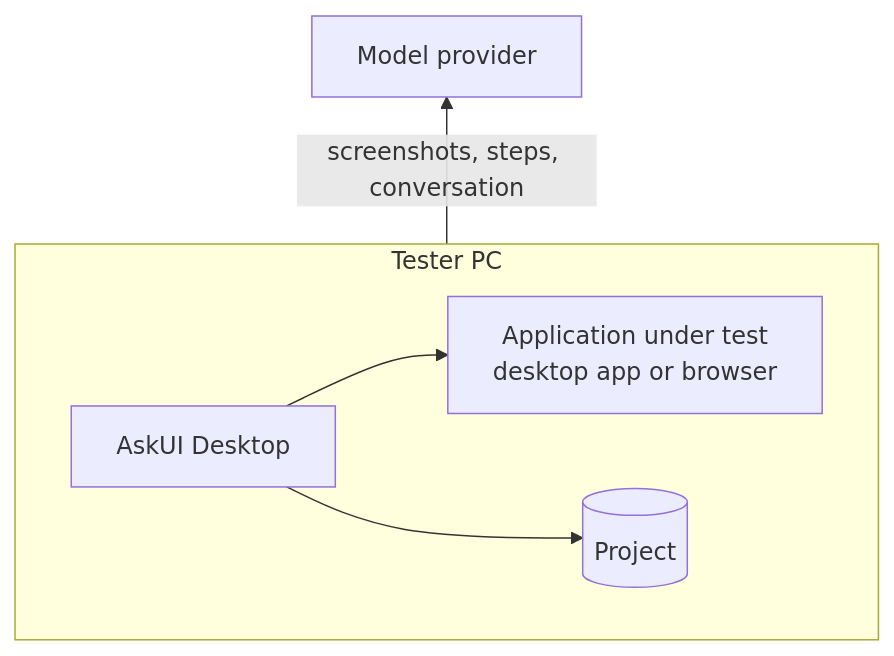
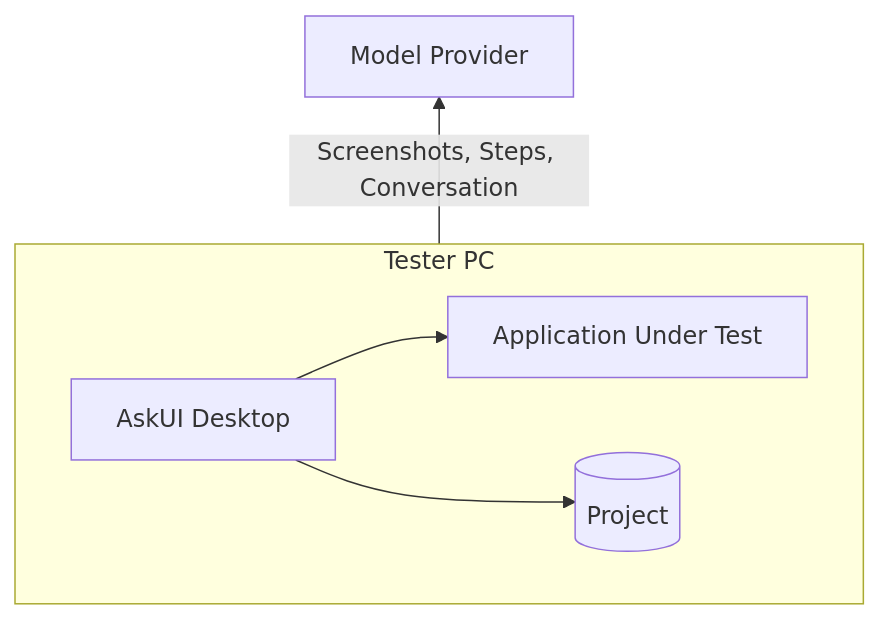
One commit to askui/docs-rewrite changed the first of 2 diagrams in content/docs/concepts/enterprise-fit.mdx. Above: the diagram before and after it, drawn with Mermaid. The commit also changed other lines of this file and 1 other file, not shown here.

First line of the commit message:
docs(enterprise-fit): protocol stereotypes and Title Case in diagram labels

````diff
--- a/content/docs/concepts/enterprise-fit.mdx
+++ b/content/docs/concepts/enterprise-fit.mdx
@@ -20,12 +20,12 @@
 ```mermaid
 flowchart BT
   subgraph pc["Tester PC"]
     direction LR
     D["AskUI Desktop"]
-    A["Application under test<br/>desktop app or browser"]
+    A["Application Under Test"]
     F[("Project")]
     D --> A
     D --> F
   end
-  pc -->|"screenshots, steps, conversation"| M["Model provider"]
+  pc -->|"Screenshots, Steps, Conversation"| M["Model Provider"]
 ```
````
